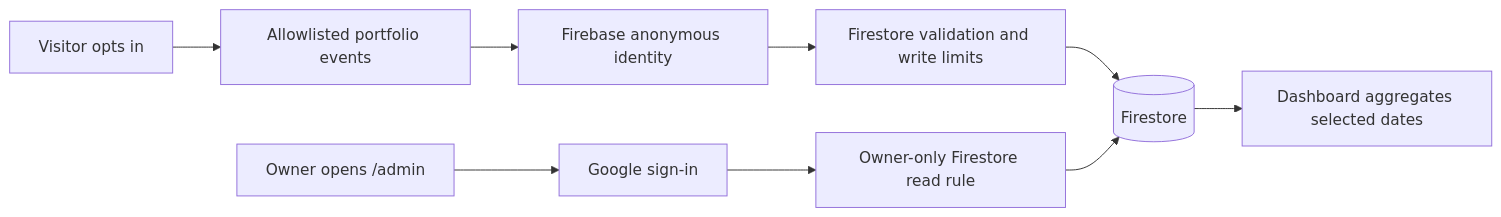
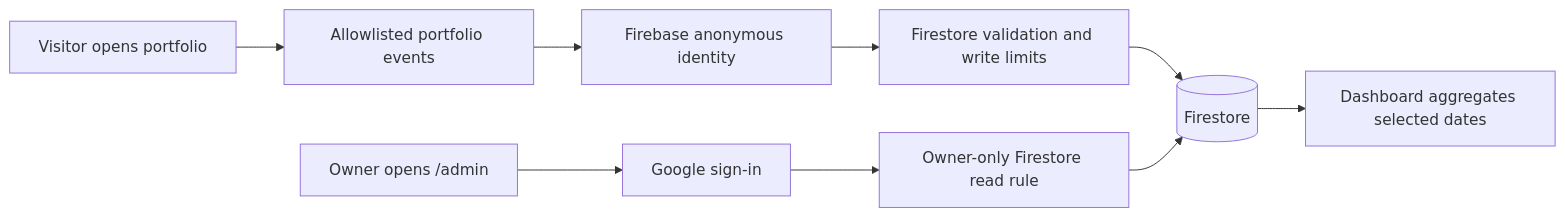
The diagram in ADMIN_ANALYTICS_PLAN.md (Kajaltiwari892/New_portfolio), drawn with Mermaid before and after one commit. The commit also changed other lines of this file and 10 other files, not shown here.

````diff
--- a/ADMIN_ANALYTICS_PLAN.md
+++ b/ADMIN_ANALYTICS_PLAN.md
@@ -23,11 +23,11 @@
 ```mermaid
 flowchart LR
-  V[Visitor opts in] --> T[Allowlisted portfolio events]
+  V[Visitor opens portfolio] --> T[Allowlisted portfolio events]
   T --> A[Firebase anonymous identity]
   A --> R[Firestore validation and write limits]
   R --> D[(Firestore)]
   O[Owner opens /admin] --> G[Google sign-in]
   G --> S[Owner-only Firestore read rule]
   S --> D
   D --> U[Dashboard aggregates selected dates]
 ```
````
